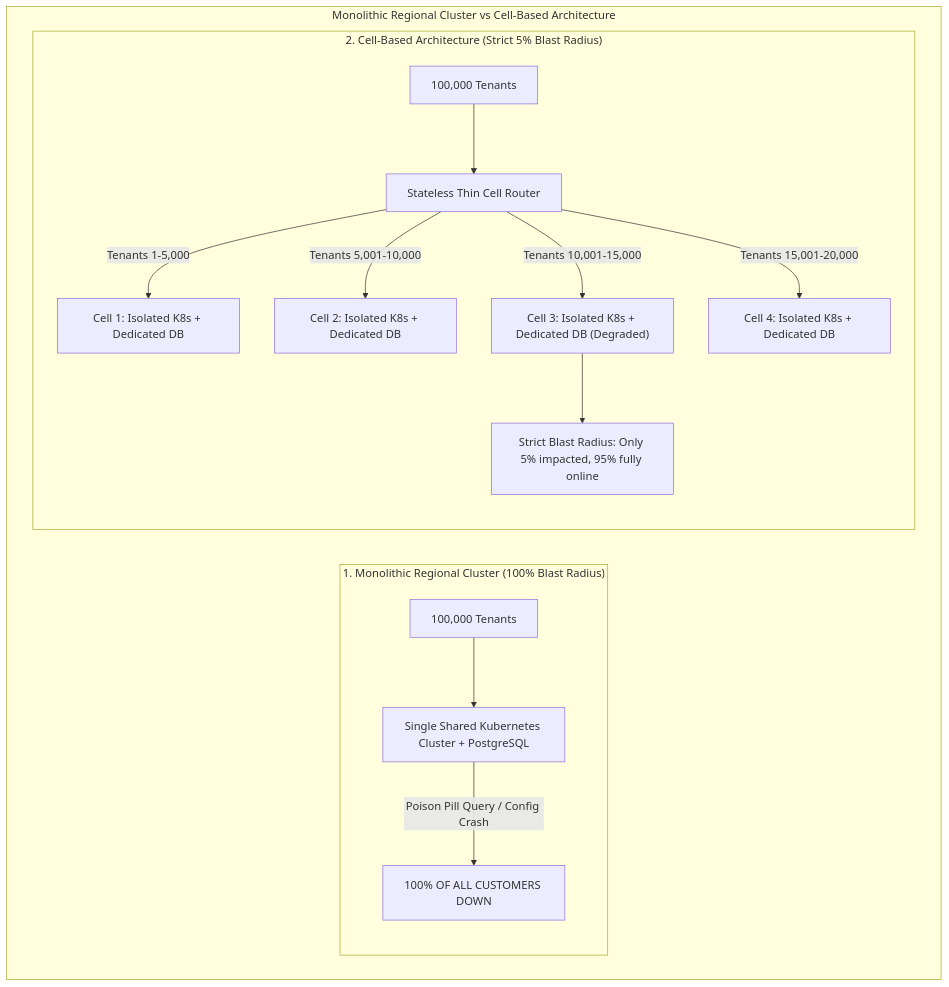
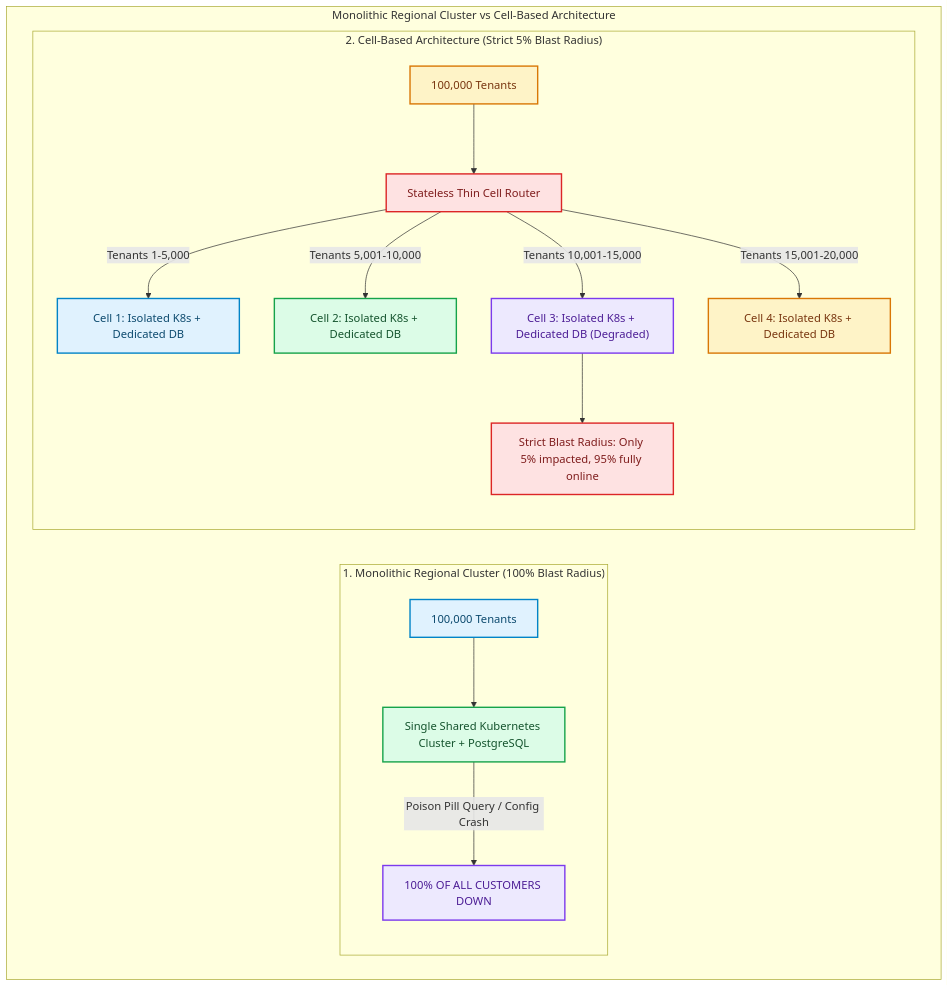
One commit to akmalkhaniub/akmalkhaniub.github.io changed the first of 3 diagrams in blog/posts/cell-based-architecture-aws-stripe-slack-blast-radius-mitigation.md. Above: the diagram before and after it, drawn with Mermaid. The commit also changed other lines of this file and 1291 other files, not shown here.

First line of the commit message:
feat(catalog): unique covers, scholarly references, and diagram palettes

````diff
--- a/blog/posts/cell-based-architecture-aws-stripe-slack-blast-radius-mitigation.md
+++ b/blog/posts/cell-based-architecture-aws-stripe-slack-blast-radius-mitigation.md
@@ -13,19 +13,30 @@
 ```mermaid
 flowchart TD
   subgraph SG1_MonolithicRegionalCluster ["Monolithic Regional Cluster vs Cell-Based Architecture"]
     subgraph SG2_1MonolithicRegional ["1. Monolithic Regional Cluster (100% Blast Radius)"]
-      Clients1[100,000 Tenants] --> BigCluster[Single Shared Kubernetes Cluster + PostgreSQL]
-      BigCluster -->|Poison Pill Query / Config Crash| Outage[100% OF ALL CUSTOMERS DOWN]
+      Clients1["100,000 Tenants"] --> BigCluster["Single Shared Kubernetes Cluster + PostgreSQL"]
+      BigCluster -->|Poison Pill Query / Config Crash| Outage["100% OF ALL CUSTOMERS DOWN"]
     end
 
     subgraph SG3_2CellBased ["2. Cell-Based Architecture (Strict 5% Blast Radius)"]
-      Clients2[100,000 Tenants] --> CellRouter[Stateless Thin Cell Router]
+      Clients2["100,000 Tenants"] --> CellRouter["Stateless Thin Cell Router"]
       CellRouter -->|Tenants 1-5,000| Cell1["Cell 1: Isolated K8s + Dedicated DB"]
       CellRouter -->|Tenants 5,001-10,000| Cell2["Cell 2: Isolated K8s + Dedicated DB"]
       CellRouter -->|Tenants 10,001-15,000| Cell3["Cell 3: Isolated K8s + Dedicated DB (Degraded)"]
       CellRouter -->|Tenants 15,001-20,000| Cell4["Cell 4: Isolated K8s + Dedicated DB"]
       
       Cell3 --> LimitedImpact["Strict Blast Radius: Only 5% impacted, 95% fully online"]
     end
   end
+
+classDef green fill:#dcfce7,stroke:#16a34a,stroke-width:2px,color:#14532d;
+classDef red fill:#fee2e2,stroke:#dc2626,stroke-width:2px,color:#7f1d1d;
+classDef blue fill:#e0f2fe,stroke:#0284c7,stroke-width:2px,color:#0c4a6e;
+classDef yellow fill:#fef3c7,stroke:#d97706,stroke-width:2px,color:#78350f;
+classDef purple fill:#ede9fe,stroke:#7c3aed,stroke-width:2px,color:#4c1d95;
+class Clients1,Cell1 blue
+class BigCluster,Cell2 green
+class Outage,Cell3 purple
+class Clients2,Cell4 yellow
+class CellRouter,LimitedImpact red
 ```
````
